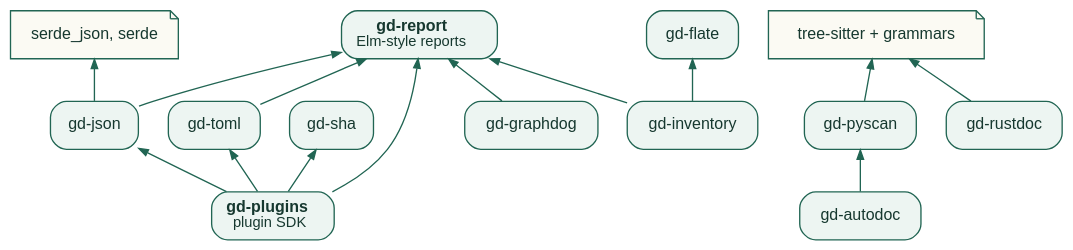
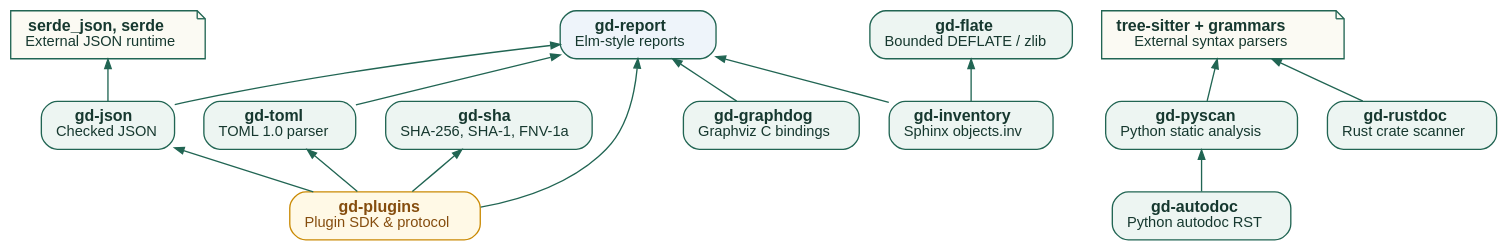
One commit to insanai/guidedog changed the second of 2 diagrams in docs/manual/internals/crates.rst. Above: the diagram before and after it, drawn with Graphviz. The commit also changed other lines of this file and 7 other files, not shown here.

```diff
--- a/docs/manual/internals/crates.rst
+++ b/docs/manual/internals/crates.rst
@@ -147,32 +147,32 @@
 .. graphviz::
    :class: graphviz-adaptive
    :caption: The libraries, generators and SDK that need another crate.
    :alt: gd-toml, gd-json and gd-graphdog need gd-report. gd-inventory needs gd-flate and gd-report. gd-plugins needs gd-report, gd-json, gd-toml and gd-sha. gd-autodoc needs gd-pyscan. gd-json uses serde_json; gd-pyscan and gd-rustdoc use tree-sitter.
 
    digraph libraries {
      graph [rankdir=BT, bgcolor="transparent", pad="0.3", nodesep="0.3", ranksep="0.45"];
      node [shape=box, style="rounded,filled", fillcolor="#edf5f2",
            color="#216553", fontname="Helvetica", fontcolor="#16382f", fontsize=12, margin="0.15,0.08"];
      edge [color="#216553", arrowsize=0.7];
 
-     plugins [label=<<B>gd-plugins</B><BR/><FONT POINT-SIZE="11">plugin SDK</FONT>>];
-     toml [label="gd-toml"];
-     json [label="gd-json"];
-     sha [label="gd-sha"];
-     graphdog [label="gd-graphdog"];
-     inventory [label="gd-inventory"];
-     flate [label="gd-flate"];
-     report [label=<<B>gd-report</B><BR/><FONT POINT-SIZE="11">Elm-style reports</FONT>>];
-     autodoc [label="gd-autodoc"];
-     pyscan [label="gd-pyscan"];
-     rustdoc [label="gd-rustdoc"];
-     serde [class="gd-input", shape=note, label="serde_json, serde", fillcolor="#fbfaf3"];
-     treesitter [class="gd-input", shape=note, label="tree-sitter + grammars", fillcolor="#fbfaf3"];
+     plugins [class="gd-plugin", fillcolor="#fff9e6", color="#ca8a04", fontcolor="#854d0e", label=<<B>gd-plugins</B><BR/><FONT POINT-SIZE="11">Plugin SDK &amp; protocol</FONT>>];
+     toml [label=<<B>gd-toml</B><BR/><FONT POINT-SIZE="11">TOML 1.0 parser</FONT>>];
+     json [label=<<B>gd-json</B><BR/><FONT POINT-SIZE="11">Checked JSON</FONT>>];
+     sha [label=<<B>gd-sha</B><BR/><FONT POINT-SIZE="11">SHA-256, SHA-1, FNV-1a</FONT>>];
+     graphdog [label=<<B>gd-graphdog</B><BR/><FONT POINT-SIZE="11">Graphviz C bindings</FONT>>];
+     inventory [label=<<B>gd-inventory</B><BR/><FONT POINT-SIZE="11">Sphinx objects.inv</FONT>>];
+     flate [label=<<B>gd-flate</B><BR/><FONT POINT-SIZE="11">Bounded DEFLATE / zlib</FONT>>];
+     report [class="gd-output", fillcolor="#eef4fa", label=<<B>gd-report</B><BR/><FONT POINT-SIZE="11">Elm-style reports</FONT>>];
+     autodoc [label=<<B>gd-autodoc</B><BR/><FONT POINT-SIZE="11">Python autodoc RST</FONT>>];
+     pyscan [label=<<B>gd-pyscan</B><BR/><FONT POINT-SIZE="11">Python static analysis</FONT>>];
+     rustdoc [label=<<B>gd-rustdoc</B><BR/><FONT POINT-SIZE="11">Rust crate scanner</FONT>>];
+     serde [class="gd-input", shape=note, fillcolor="#fbfaf3", label=<<B>serde_json, serde</B><BR/><FONT POINT-SIZE="11">External JSON runtime</FONT>>];
+     treesitter [class="gd-input", shape=note, fillcolor="#fbfaf3", label=<<B>tree-sitter + grammars</B><BR/><FONT POINT-SIZE="11">External syntax parsers</FONT>>];
 
      plugins -> {toml json sha report};
      {toml json graphdog} -> report;
      inventory -> {flate report};
      json -> serde;
      autodoc -> pyscan;
      {pyscan rustdoc} -> treesitter;
    }
```
